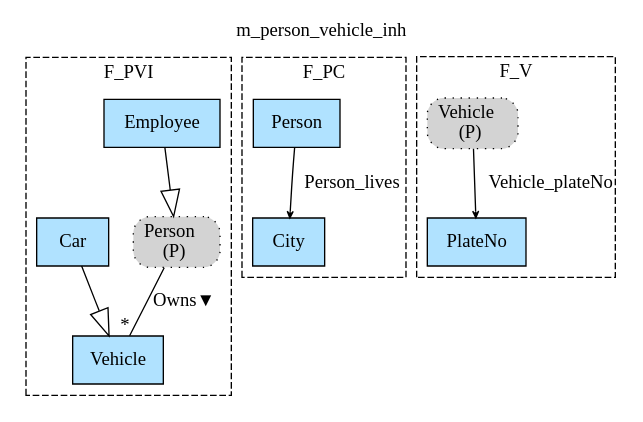
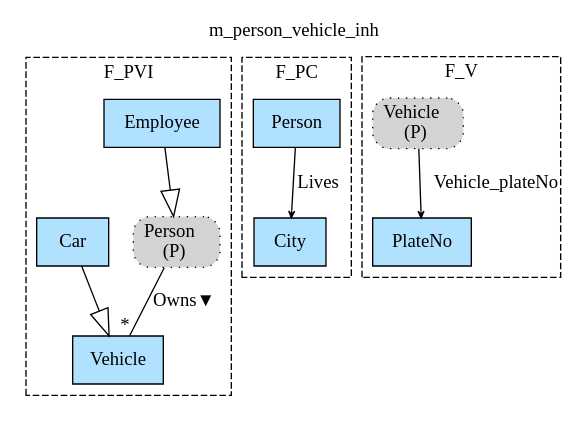
One commit to namalio/Fragmenta changed the diagram in Haskell/FragmentaTests/PersonVehicle/img/m_person_vehicle_inh_Mdl.gv. Above: the diagram before and after it, drawn with Graphviz. The commit also changed 94 other files, not shown here.

```diff
--- a/Haskell/FragmentaTests/PersonVehicle/img/m_person_vehicle_inh_Mdl.gv
+++ b/Haskell/FragmentaTests/PersonVehicle/img/m_person_vehicle_inh_Mdl.gv
@@ -1,29 +1,29 @@
 digraph {graph[label=m_person_vehicle_inh,labelloc=tl,labelfontsize=12];
 subgraph cluster_F_PVI{style=dashed;label=F_PVI;
 "Employee"[shape=record,fillcolor=lightskyblue1,style = filled,label="Employee"];
 "Car"[shape=record,fillcolor=lightskyblue1,style = filled,label="Car"];
 "PPerson"[shape=box,fillcolor=lightgray,style ="rounded,filled,dotted",label=<Person<br/>(P)>];
 "Vehicle"[shape=record,fillcolor=lightskyblue1,style = filled,label="Vehicle"];
 
 "Employee"->"PPerson"[arrowhead=onormal,arrowsize=2.0];
 "Car"->"Vehicle"[arrowhead=onormal,arrowsize=2.0];
 "PPerson"->"Vehicle"[label="Owns▼",dir=none,taillabel="",headlabel="*"];
 
 }
 
 subgraph cluster_F_PC{style=dashed;label=F_PC;
 "Person"[shape=record,fillcolor=lightskyblue1,style = filled,label="Person"];
 "City"[shape=record,fillcolor=lightskyblue1,style = filled,label="City"];
 
-"Person"->"City"[label="Person_lives",arrowhead=vee,headlabel="",arrowsize=.5];
+"Person"->"City"[label="Lives",arrowhead=vee,headlabel="",arrowsize=.5];
 
 }
 subgraph cluster_F_V{style=dashed;label=F_V;
 "PVehicle"[shape=box,fillcolor=lightgray,style ="rounded,filled,dotted",label=<Vehicle<br/>(P)>];
 "PlateNo"[shape=record,fillcolor=lightskyblue1,style = filled,label="PlateNo"];
 
 "PVehicle"->"PlateNo"[label="Vehicle_plateNo",arrowhead=vee,headlabel="",arrowsize=.5];
 
 }
 
 }
```
